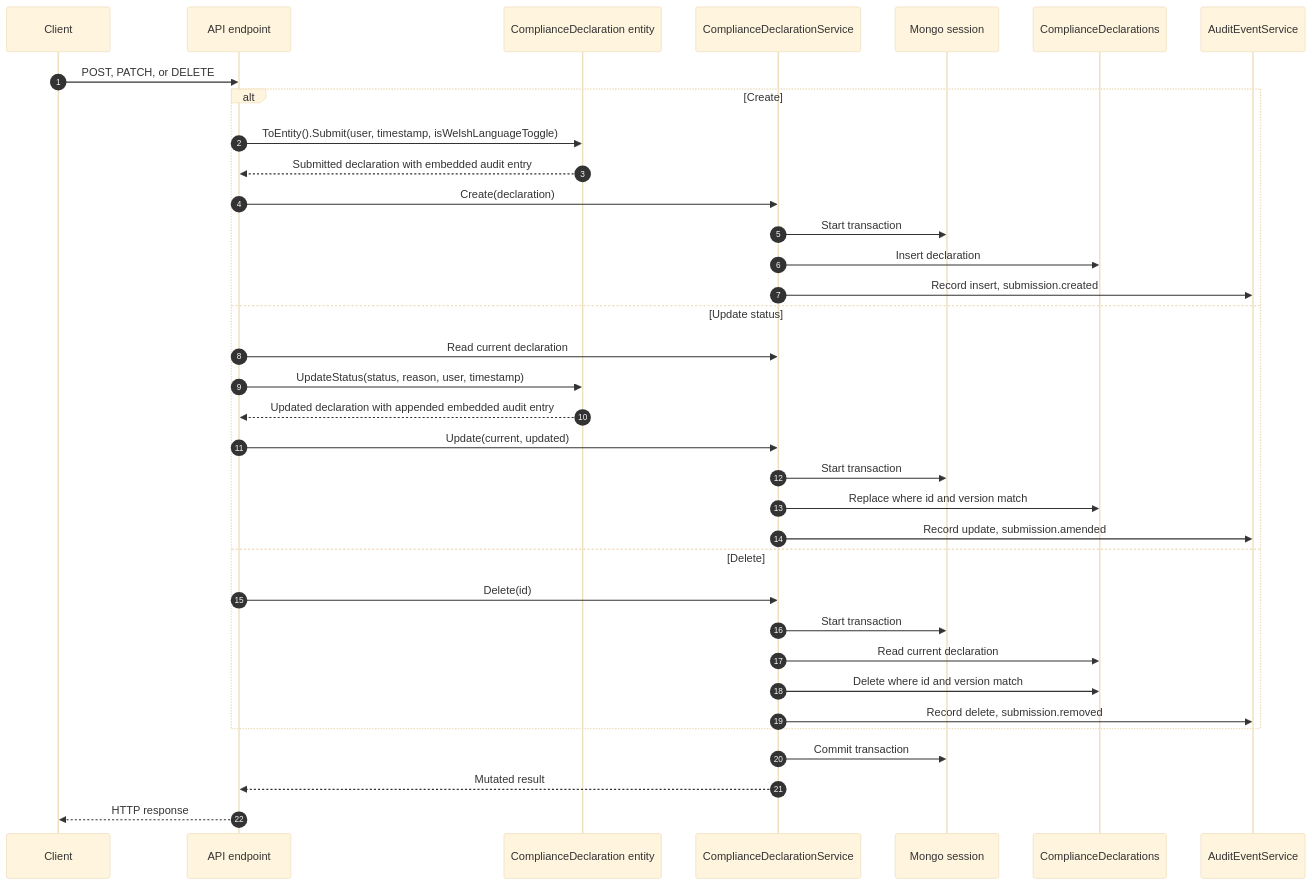
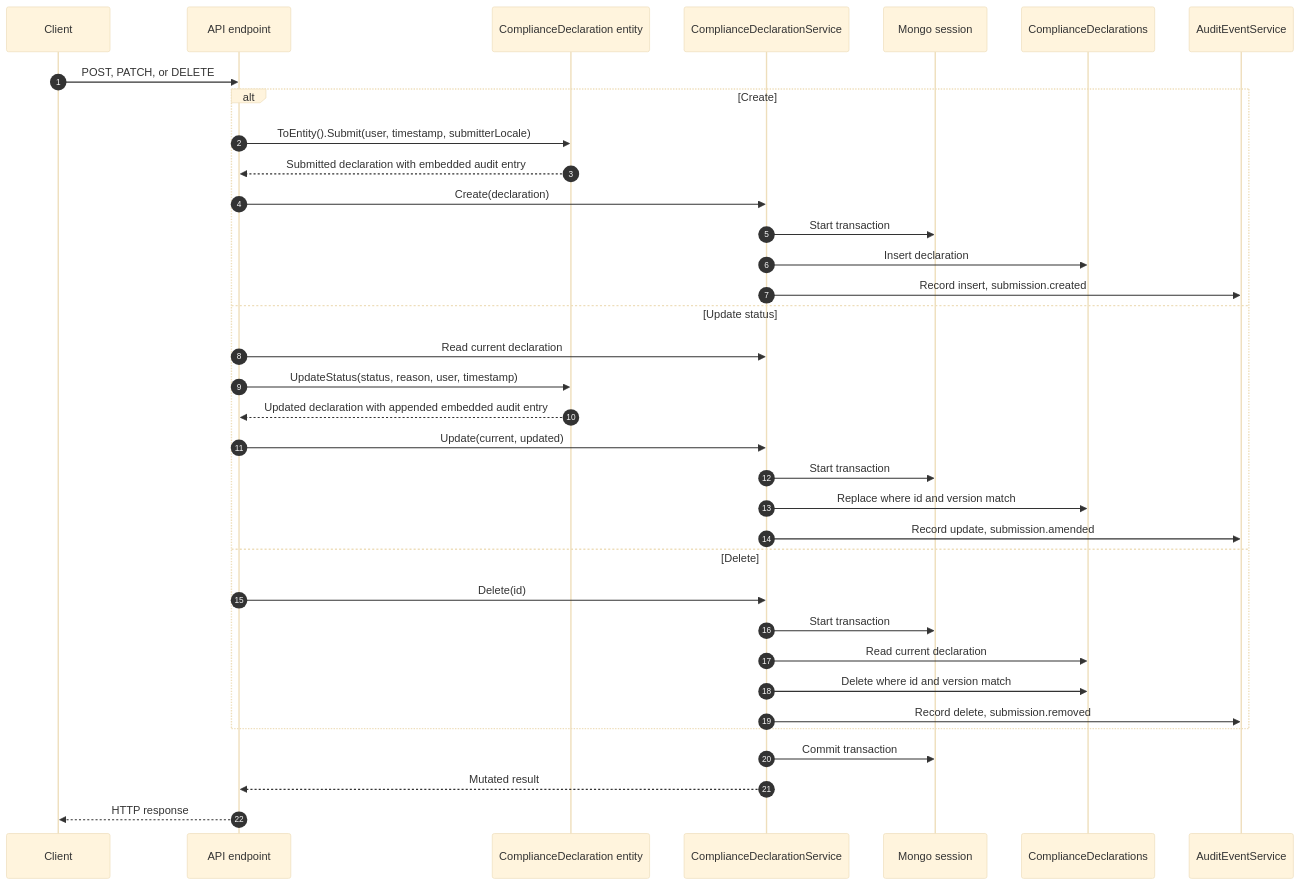
One commit to DEFRA/waste-obligations changed the second of 4 diagrams in docs/compliance-declaration-end-to-end-event-flow.md. Above: the diagram before and after it, drawn with Mermaid (base theme). The commit also changed 29 other files, not shown here.

Commit message:
MO-336: rename isWelshLanguageToggle to submitterLocale

````diff
--- a/docs/compliance-declaration-end-to-end-event-flow.md
+++ b/docs/compliance-declaration-end-to-end-event-flow.md
@@ -38,40 +38,40 @@
 ```mermaid
 sequenceDiagram
     autonumber
     participant Client
     participant Endpoint as API endpoint
     participant Entity as ComplianceDeclaration entity
     participant Service as ComplianceDeclarationService
     participant Mongo as Mongo session
     participant Declarations as ComplianceDeclarations
     participant Audit as AuditEventService
 
     Client->>Endpoint: POST, PATCH, or DELETE
 
     alt Create
-        Endpoint->>Entity: ToEntity().Submit(user, timestamp, isWelshLanguageToggle)
+        Endpoint->>Entity: ToEntity().Submit(user, timestamp, submitterLocale)
         Entity-->>Endpoint: Submitted declaration with embedded audit entry
         Endpoint->>Service: Create(declaration)
         Service->>Mongo: Start transaction
         Service->>Declarations: Insert declaration
         Service->>Audit: Record insert, submission.created
     else Update status
         Endpoint->>Service: Read current declaration
         Endpoint->>Entity: UpdateStatus(status, reason, user, timestamp)
         Entity-->>Endpoint: Updated declaration with appended embedded audit entry
         Endpoint->>Service: Update(current, updated)
         Service->>Mongo: Start transaction
         Service->>Declarations: Replace where id and version match
         Service->>Audit: Record update, submission.amended
     else Delete
         Endpoint->>Service: Delete(id)
         Service->>Mongo: Start transaction
         Service->>Declarations: Read current declaration
         Service->>Declarations: Delete where id and version match
         Service->>Audit: Record delete, submission.removed
     end
 
     Service->>Mongo: Commit transaction
     Service-->>Endpoint: Mutated result
     Endpoint-->>Client: HTTP response
 ```
````
